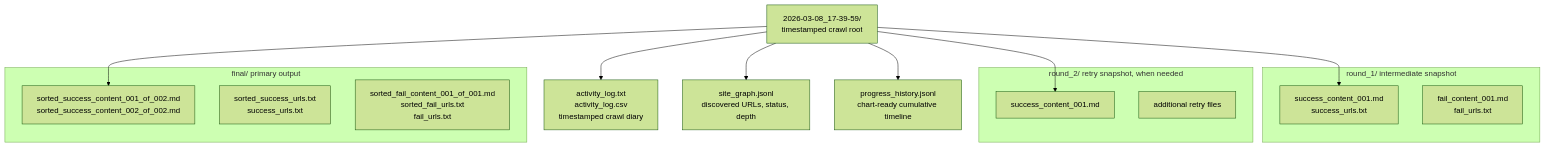
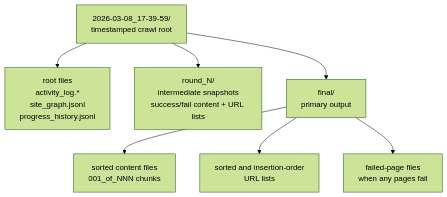
One commit to prakosd/rag-playground changed the sixth of 9 diagrams in README.md. Above: the diagram before and after it, drawn with Mermaid (forest theme). The commit also changed other lines of this file and 1 other file, not shown here.

Commit message:
refactor: update flowchart diagrams for improved clarity and organization in README files

````diff
--- a/README.md
+++ b/README.md
@@ -317,26 +308,10 @@
 ```mermaid
 flowchart TD
   Root["2026-03-08_17-39-59/<br/>timestamped crawl root"]
-  Root --> Activity["activity_log.txt<br/>activity_log.csv<br/>timestamped crawl diary"]
-  Root --> Graph["site_graph.jsonl<br/>discovered URLs, status, depth"]
-  Root --> History["progress_history.jsonl<br/>chart-ready cumulative timeline"]
-
-  Root --> Round1Success
-  subgraph Round1["round_1/ intermediate snapshot"]
-    Round1Success["success_content_001.md<br/>success_urls.txt"]
-    Round1Fail["fail_content_001.md<br/>fail_urls.txt"]
-  end
-
-  Root --> Round2Success
-  subgraph Round2["round_2/ retry snapshot, when needed"]
-    Round2Success["success_content_001.md"]
-    Round2More["additional retry files"]
-  end
-
-  Root --> FinalSuccess
-  subgraph Final["final/ primary output"]
-    FinalSuccess["sorted_success_content_001_of_002.md<br/>sorted_success_content_002_of_002.md"]
-    FinalUrls["sorted_success_urls.txt<br/>success_urls.txt"]
-    FinalFailures["sorted_fail_content_001_of_001.md<br/>sorted_fail_urls.txt<br/>fail_urls.txt"]
-  end
+  Root --> RootFiles["root files<br/>activity_log.*<br/>site_graph.jsonl<br/>progress_history.jsonl"]
+  Root --> Rounds["round_N/<br/>intermediate snapshots<br/>success/fail content + URL lists"]
+  Root --> Final["final/<br/>primary output"]
+  Final --> SortedContent["sorted content files<br/>001_of_NNN chunks"]
+  Final --> UrlLists["sorted and insertion-order<br/>URL lists"]
+  Final --> Failures["failed-page files<br/>when any pages fail"]
 ```
````
